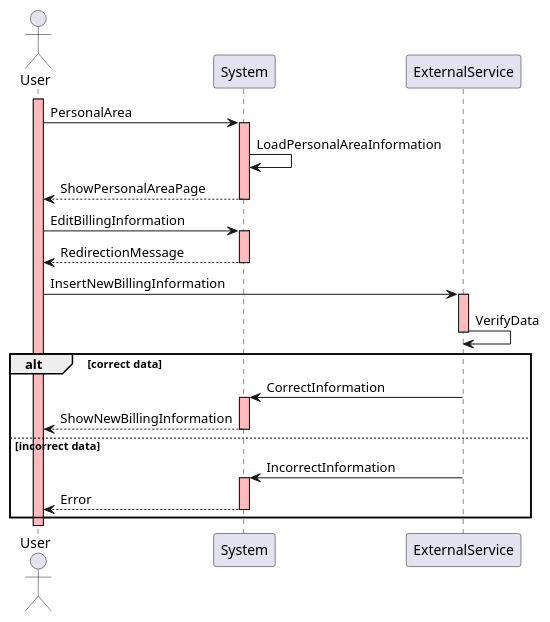
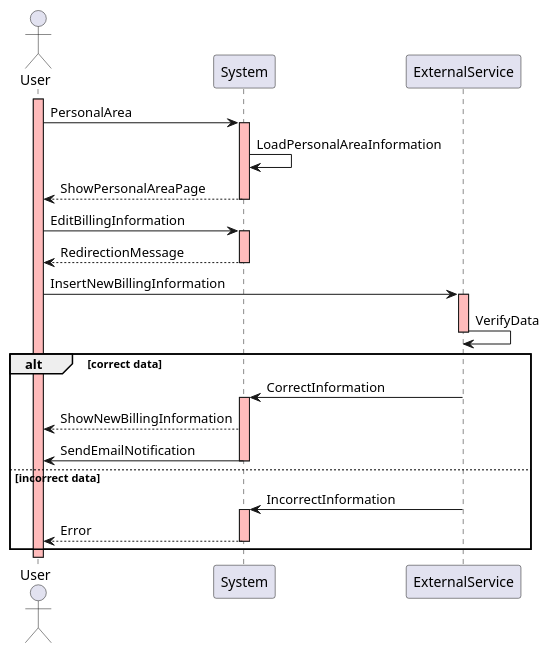
Before and after one commit to fcremo/AlfonsoCarsenzuolaCremonese-ingsw2: the diagram in rasd/sequence_diagram/sequence_diagram_editBillInfo.plantuml, drawn with PlantUML. The commit also changed 3 other files, not shown here.

Commit message:
update sequence diagram and table

```diff
--- a/rasd/sequence_diagram/sequence_diagram_editBillInfo.plantuml
+++ b/rasd/sequence_diagram/sequence_diagram_editBillInfo.plantuml
@@ -1,34 +1,35 @@
 @startuml
 
 actor User
 participant System
 participant ExternalService
 
 activate User #FFBBBB
 User -> System: PersonalArea
 activate System #FFBBBB
 System -> System: LoadPersonalAreaInformation
 System --> User: ShowPersonalAreaPage
 deactivate System
 User -> System: EditBillingInformation
 activate System #FFBBBB
 System --> User: RedirectionMessage
 deactivate System
 User -> ExternalService: InsertNewBillingInformation
 activate ExternalService #FFBBBB
 ExternalService -> ExternalService: VerifyData
 deactivate ExternalService
 
 alt correct data
   ExternalService -> System: CorrectInformation
   activate System #FFBBBB
   System --> User: ShowNewBillingInformation
+  System -> User: SendEmailNotification
   deactivate System
 else incorrect data
   ExternalService -> System: IncorrectInformation
   activate System #FFBBBB
   System --> User: Error
   deactivate System
 end
 
 @enduml
```
